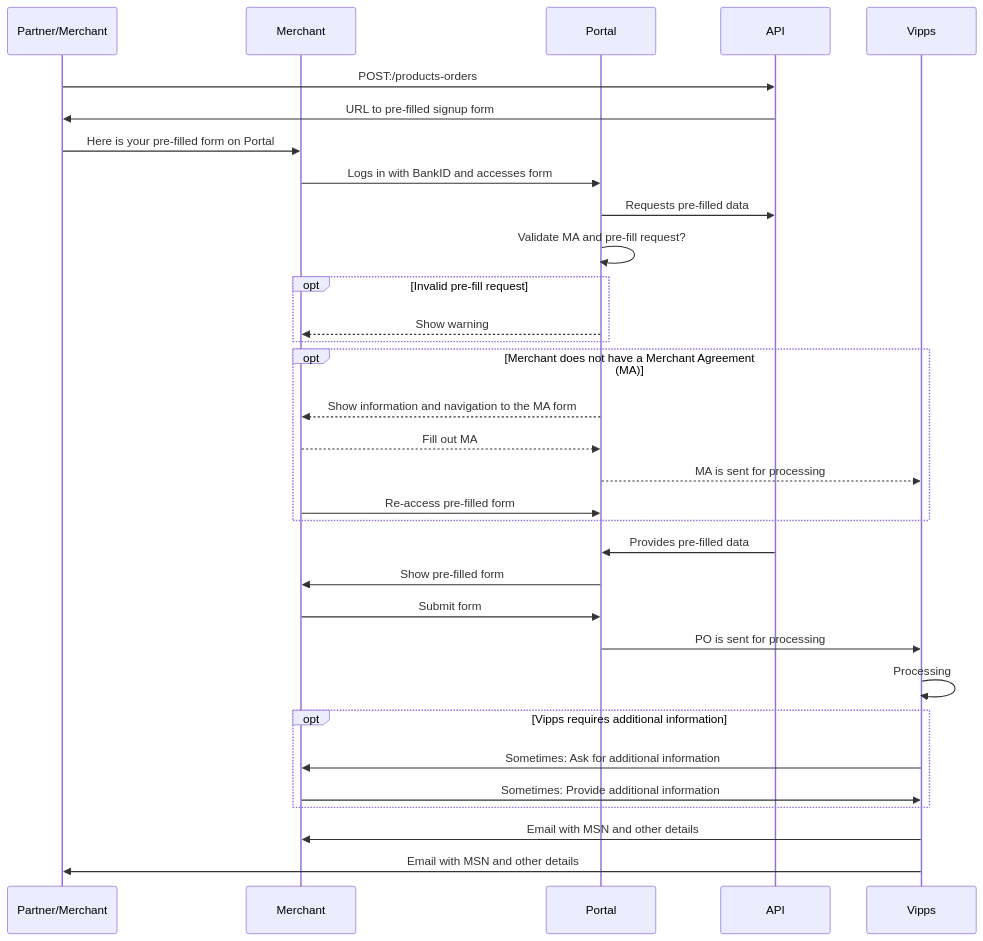
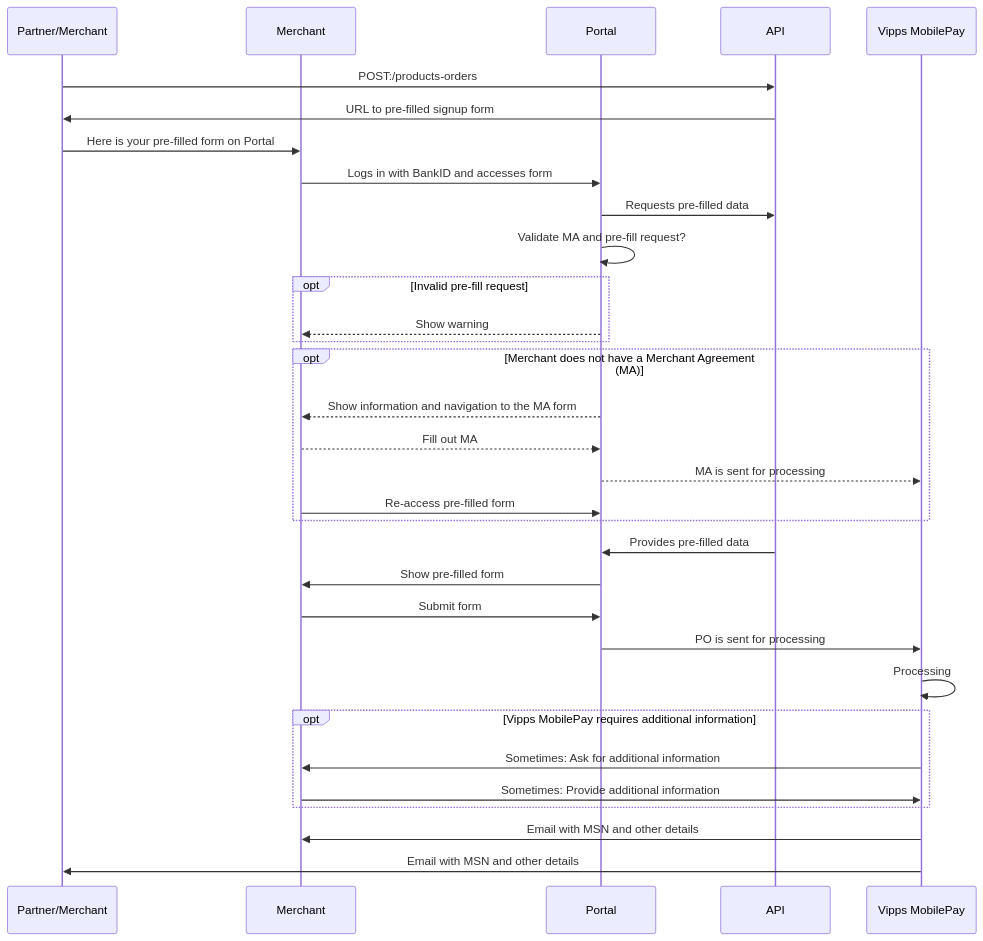
The diagram in management-api-guide.md (vippsas/management-api), drawn with Mermaid before and after one commit. The commit also changed other lines of this file, not shown here.

Commit message:
Polishing on management api guide (#24)

````diff
--- a/management-api-guide.md
+++ b/management-api-guide.md
@@ -424,34 +428,34 @@
 ```mermaid
 sequenceDiagram
-    participant Partner/Merchant
+    participant PM as Partner/Merchant
     participant Merchant
     participant Portal
     participant API
-    participant Vipps
-    Partner/Merchant->>API: POST:/products-orders
-    API->>Partner/Merchant: URL to pre-filled signup form
-    Partner/Merchant->>Merchant: Here is your pre-filled form on Portal
+    participant VMP as Vipps MobilePay
+    PM->>API: POST:/products-orders
+    API->>PM: URL to pre-filled signup form
+    PM->>Merchant: Here is your pre-filled form on Portal
     Merchant->>Portal: Logs in with BankID and accesses form
     Portal->>API: Requests pre-filled data
     Portal->>Portal: Validate MA and pre-fill request?
     opt Invalid pre-fill request
         Portal-->>Merchant: Show warning
     end
     opt Merchant does not have a Merchant Agreement (MA)
         Portal-->>Merchant: Show information and navigation to the MA form
         Merchant-->>Portal: Fill out MA
-        Portal-->>Vipps: MA is sent for processing
+        Portal-->>VMP: MA is sent for processing
         Merchant->>Portal: Re-access pre-filled form
     end
     API->>Portal: Provides pre-filled data
     Portal->>Merchant: Show pre-filled form
     Merchant->>Portal: Submit form
-    Portal->>Vipps: PO is sent for processing
-    Vipps->>Vipps: Processing
-    opt Vipps requires additional information
-        Vipps->>Merchant: Sometimes: Ask for additional information
-        Merchant->>Vipps: Sometimes: Provide additional information
+    Portal->>VMP: PO is sent for processing
+    VMP->>VMP: Processing
+    opt Vipps MobilePay requires additional information
+        VMP->>Merchant: Sometimes: Ask for additional information
+        Merchant->>VMP: Sometimes: Provide additional information
     end
-    Vipps->>Merchant: Email with MSN and other details
-    Vipps->>Partner/Merchant: Email with MSN and other details
+    VMP->>Merchant: Email with MSN and other details
+    VMP->>PM: Email with MSN and other details
 ```
````
